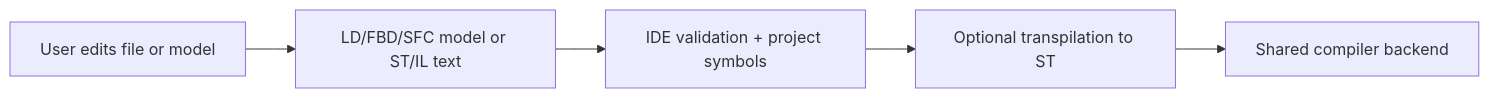
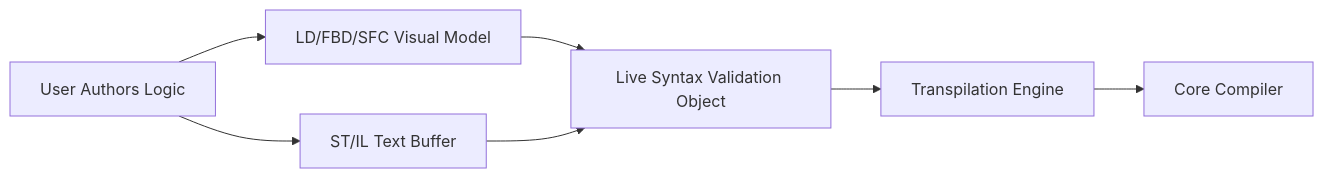
One commit to eduardojvieira/ZPLC changed the diagram in docs/docs/ide/editors.md. Above: the diagram before and after it, drawn with Mermaid. The commit also changed other lines of this file and 55 other files, not shown here.

````diff
--- a/docs/docs/ide/editors.md
+++ b/docs/docs/ide/editors.md
@@ -28,13 +26,16 @@
 ```mermaid
 flowchart LR
-  User[User edits file or model]
-  Model[LD/FBD/SFC model or ST/IL text]
-  Validate[IDE validation + project symbols]
-  Transpile[Optional transpilation to ST]
-  Compile[Shared compiler backend]
+  User[User Authors Logic]
+  Model[LD/FBD/SFC Visual Model]
+  Text[ST/IL Text Buffer]
+  Validate[Live Syntax Validation Object]
+  Transpile[Transpilation Engine]
+  Compile[Core Compiler]
 
   User --> Model
+  User --> Text
   Model --> Validate
+  Text --> Validate
   Validate --> Transpile
   Transpile --> Compile
 ```
````
